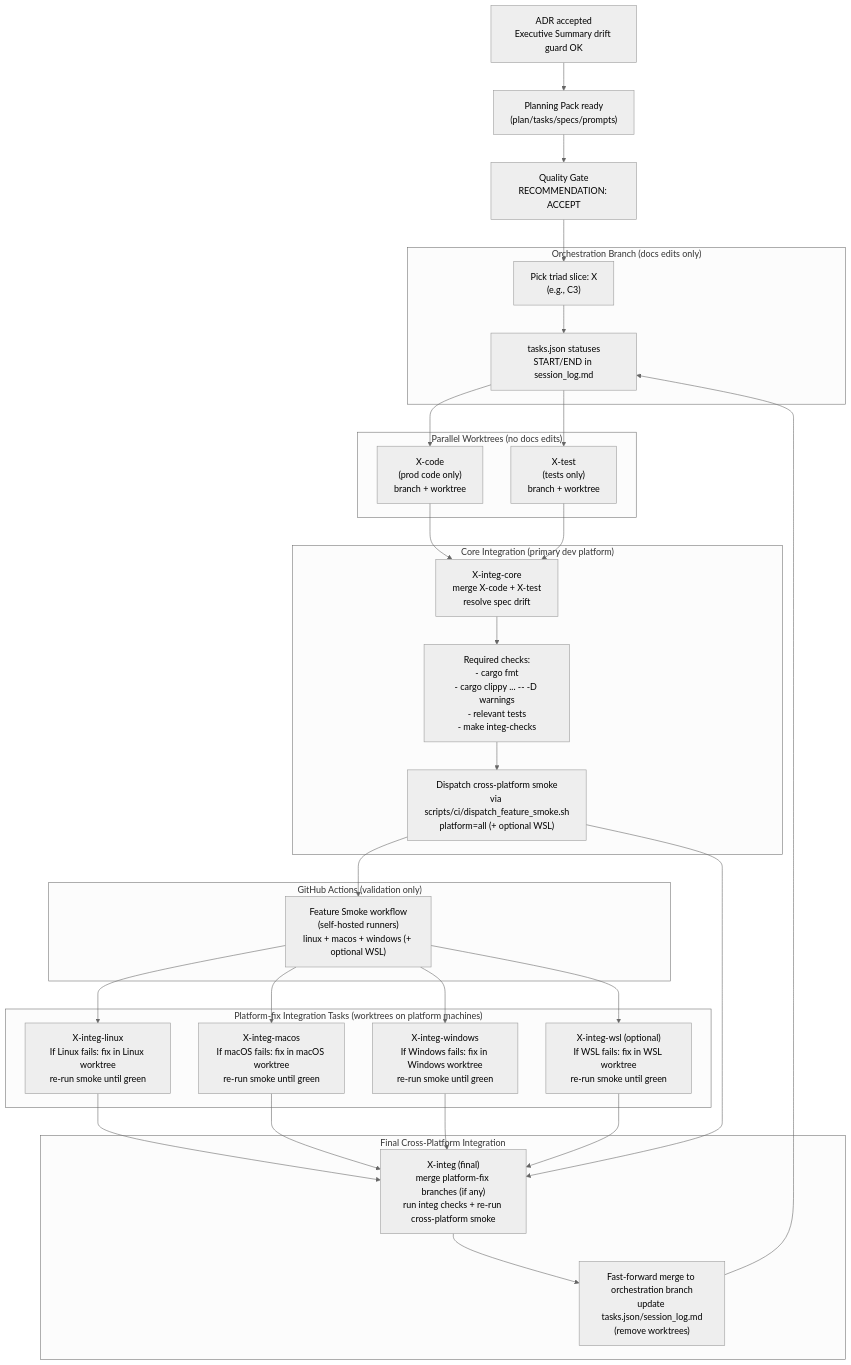
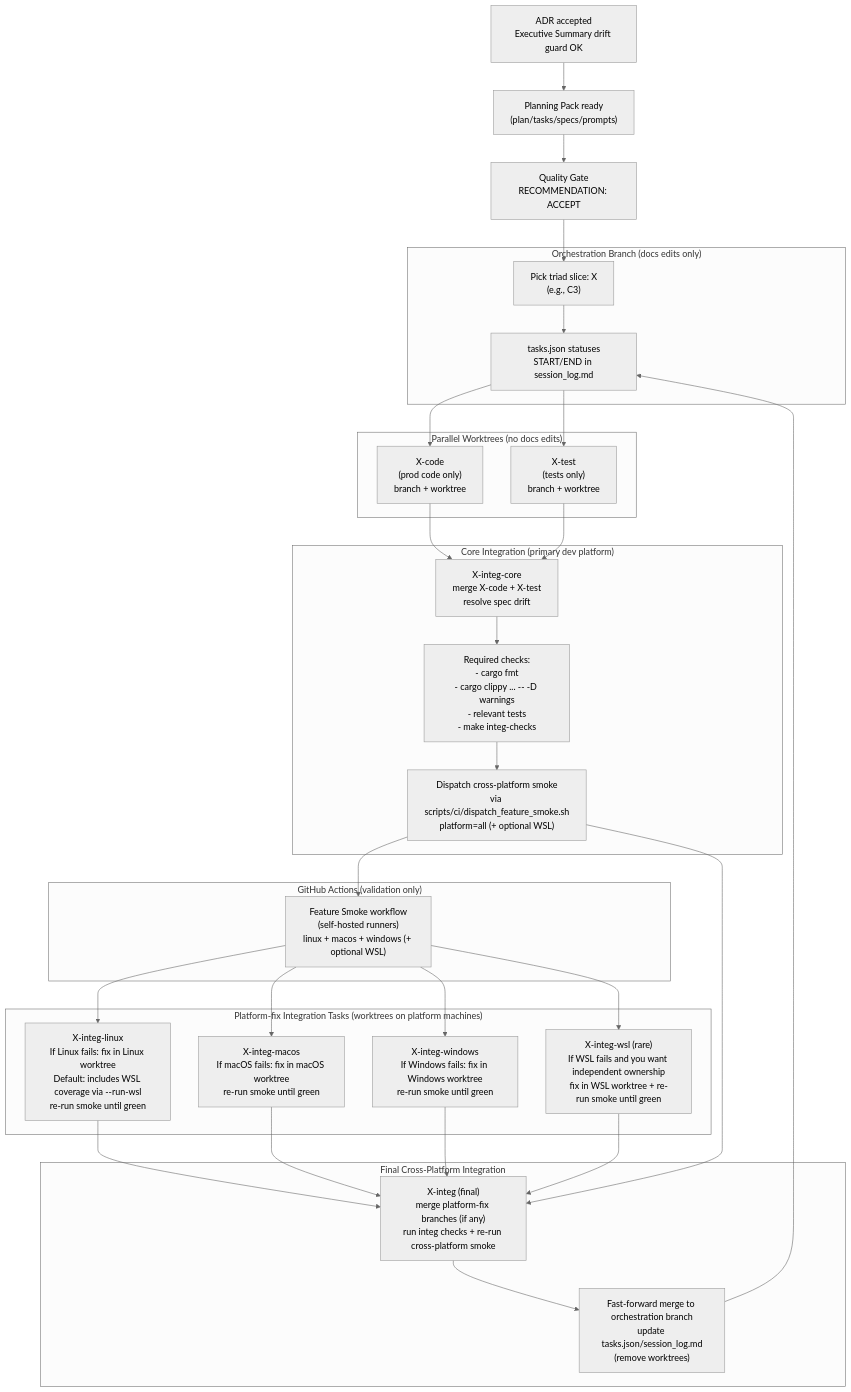
One commit to atomize-hq/substrate changed the first of 2 diagrams in docs/project_management/standards/TRIAD_WORKFLOW_CROSS_PLATFORM_INTEG.md. Above: the diagram before and after it, drawn with Mermaid (neutral theme). The commit also changed other lines of this file and 21 other files, not shown here.

````diff
--- a/docs/project_management/standards/TRIAD_WORKFLOW_CROSS_PLATFORM_INTEG.md
+++ b/docs/project_management/standards/TRIAD_WORKFLOW_CROSS_PLATFORM_INTEG.md
@@ -12,70 +18,70 @@
 ```mermaid
 flowchart TD
   %% ======== Inputs / gating ========
   ADR["ADR accepted<br/>Executive Summary drift guard OK"]
   PACK["Planning Pack ready<br/>(plan/tasks/specs/prompts)"]
   GATE["Quality Gate<br/>RECOMMENDATION: ACCEPT"]
 
   ADR --> PACK --> GATE
 
   %% ======== Triad execution ========
   subgraph ORCH["Orchestration Branch (docs edits only)"]
     START["Pick triad slice: X<br/>(e.g., C3)"]
     TASKS["tasks.json statuses<br/>START/END in session_log.md"]
   end
 
   GATE --> START
   START --> TASKS
 
   subgraph WT["Parallel Worktrees (no docs edits)"]
     CODE["X-code<br/>(prod code only)<br/>branch + worktree"]
     TEST["X-test<br/>(tests only)<br/>branch + worktree"]
   end
 
   TASKS --> CODE
   TASKS --> TEST
 
   subgraph INTEG_CORE["Core Integration (primary dev platform)"]
     MERGE["X-integ-core<br/>merge X-code + X-test<br/>resolve spec drift"]
     CORE_CHECKS["Required checks:<br/>- cargo fmt<br/>- cargo clippy ... -- -D warnings<br/>- relevant tests<br/>- make integ-checks"]
     CORE_DISPATCH["Dispatch cross-platform smoke<br/>via scripts/ci/dispatch_feature_smoke.sh<br/>platform=all (+ optional WSL)"]
   end
 
   CODE --> MERGE
   TEST --> MERGE
   MERGE --> CORE_CHECKS
   CORE_CHECKS --> CORE_DISPATCH
 
   %% ======== Smoke validation (CI) ========
   subgraph CI["GitHub Actions (validation only)"]
     SMOKE_ALL["Feature Smoke workflow<br/>(self-hosted runners)<br/>linux + macos + windows (+ optional WSL)"]
   end
 
   CORE_DISPATCH --> SMOKE_ALL
 
   %% ======== Platform-fix tasks (parallel, only if needed) ========
   subgraph PF["Platform-fix Integration Tasks (worktrees on platform machines)"]
-    LNX["X-integ-linux<br/>If Linux fails: fix in Linux worktree<br/>re-run smoke until green"]
+    LNX["X-integ-linux<br/>If Linux fails: fix in Linux worktree<br/>Default: includes WSL coverage via --run-wsl<br/>re-run smoke until green"]
     MAC["X-integ-macos<br/>If macOS fails: fix in macOS worktree<br/>re-run smoke until green"]
     WIN["X-integ-windows<br/>If Windows fails: fix in Windows worktree<br/>re-run smoke until green"]
-    WSL["X-integ-wsl (optional)<br/>If WSL fails: fix in WSL worktree<br/>re-run smoke until green"]
+    WSL["X-integ-wsl (rare)<br/>If WSL fails and you want independent ownership<br/>fix in WSL worktree + re-run smoke until green"]
   end
 
   SMOKE_ALL --> LNX
   SMOKE_ALL --> MAC
   SMOKE_ALL --> WIN
   SMOKE_ALL --> WSL
 
   %% ======== Final aggregator ========
   subgraph INTEG_FINAL["Final Cross-Platform Integration"]
     AGG["X-integ (final)<br/>merge platform-fix branches (if any)<br/>run integ checks + re-run cross-platform smoke"]
     MERGE_BACK["Fast-forward merge to orchestration branch<br/>update tasks.json/session_log.md<br/>(remove worktrees)"]
   end
 
   LNX --> AGG
   MAC --> AGG
   WIN --> AGG
   WSL --> AGG
   CORE_DISPATCH --> AGG
   AGG --> MERGE_BACK --> TASKS
 ```
````
